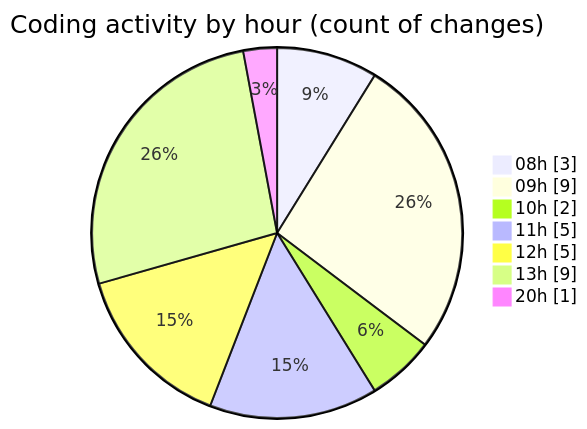
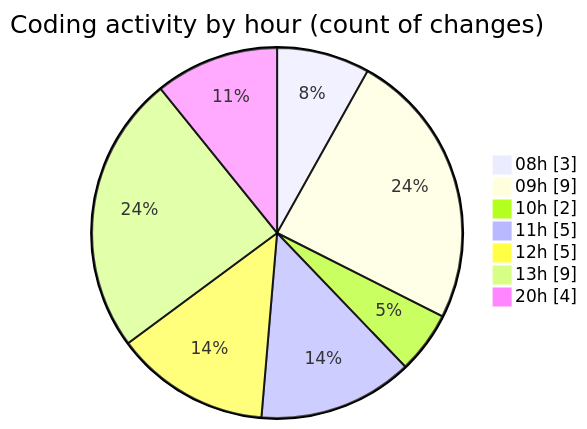
Before and after one commit to Elitesun/code-tracking: the second of 2 diagrams in 2025-05-13/niten/README.md, drawn with Mermaid. The commit also changed other lines of this file and 1 other file, not shown here.

````diff
--- a/2025-05-13/niten/README.md
+++ b/2025-05-13/niten/README.md
@@ -42,11 +43,11 @@
 ```mermaid
 pie showData
 title Coding activity by hour (count of changes)
 "08h" : 3
 "09h" : 9
 "10h" : 2
 "11h" : 5
 "12h" : 5
 "13h" : 9
-"20h" : 1
+"20h" : 4
 ```
````
